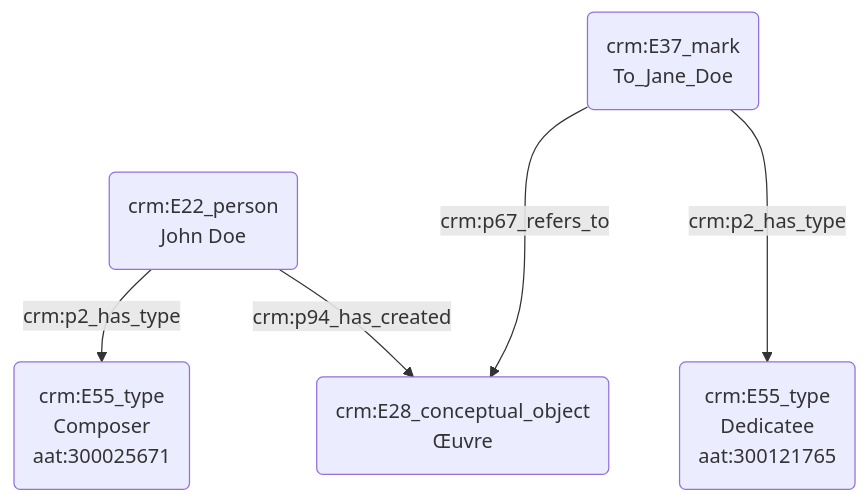
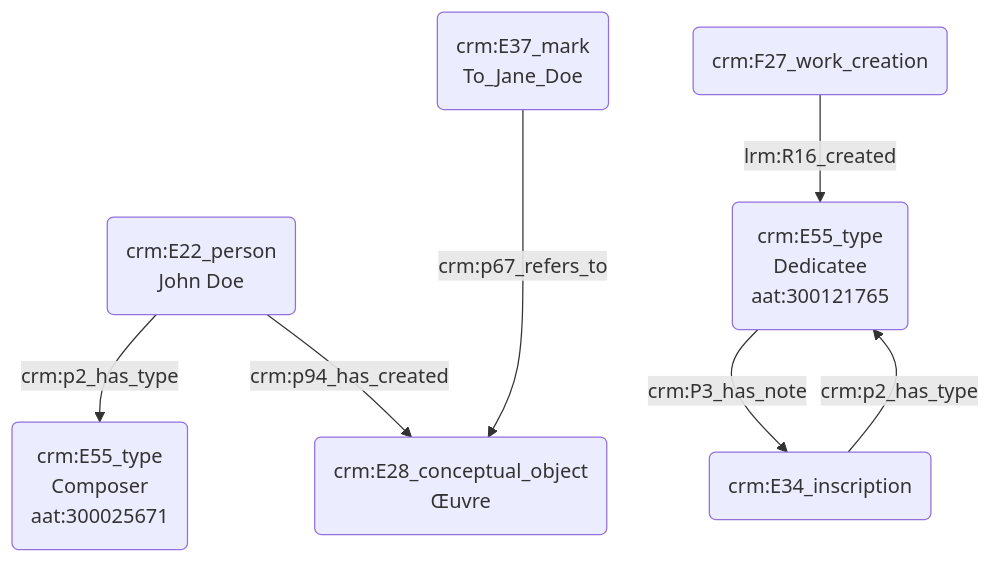
One commit to Amleth/consortium-musica2-gt2-ontologies changed the diagram in modules/livrables/Dossier 2/Indexation conceptuelle/dédicataire d'une œuvre.md. Above: the diagram before and after it, drawn with Mermaid.

Commit message:
Update dédicataire d'une œuvre.md

````diff
--- a/modules/livrables/Dossier 2/Indexation conceptuelle/dédicataire d'une œuvre.md
+++ b/modules/livrables/Dossier 2/Indexation conceptuelle/dédicataire d'une œuvre.md
@@ -17,9 +17,14 @@
 ```mermaid
 graph TD;
 
 A(crm:E22_person<br>John Doe) --> |crm:p2_has_type| B(crm:E55_type<br>Composer<br>aat:300025671) 
 A(crm:E22_person<br>John Doe) --> |crm:p94_has_created| C(crm:E28_conceptual_object<br>Œuvre)
 D(crm:E37_mark<br>To_Jane_Doe) ---> |crm:p67_refers_to| C(crm:E28_conceptual_object<br>Œuvre)
-D(crm:E37_mark<br>To_Jane_Doe) ---> |crm:p2_has_type| E(crm:E55_type<br>Dedicatee<br>aat:300121765)
+
+G(crm:F27_work_creation) --> |lrm:R16_created| E(crm:F3_manifestation) 
+E(crm:F3_manifestation) --> |crm:P3_has_note| H(crm:E34_inscription)
+H(crm:E34_inscription) --> |crm:p2_has_type| E(crm:E55_type<br>Dedicatee<br>aat:300121765)
+
+
 
 ```
````
